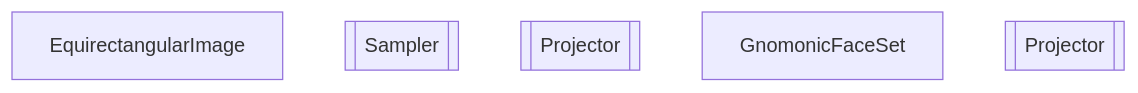
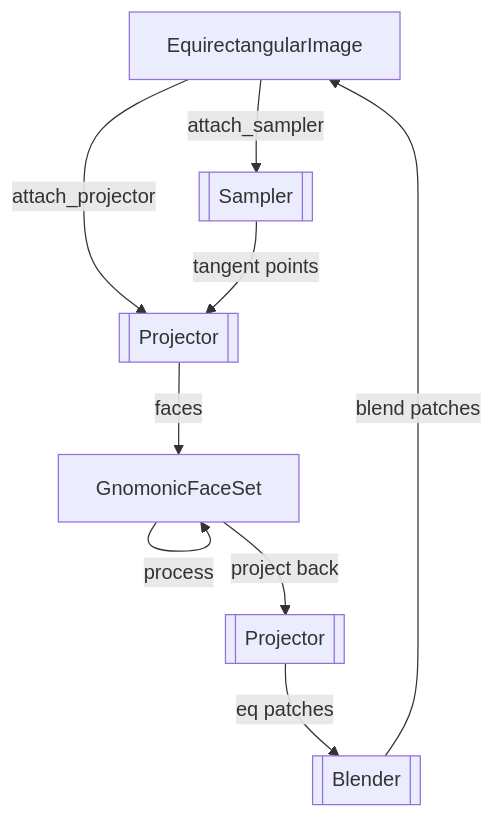
One commit to rlsgarcia-code/PanorAi changed the second of 2 diagrams in docs/explanation/architecture.rst. Above: the diagram before and after it, drawn with Mermaid.

Commit message:
architecture fix

```diff
--- a/docs/explanation/architecture.rst
+++ b/docs/explanation/architecture.rst
@@ -58,9 +58,18 @@
 .. mermaid::
 
    graph TD
       A[EquirectangularImage]
       S[[Sampler]]
       P[[Projector]]
       F[GnomonicFaceSet]
+      P2[[Projector]]
+      B[[Blender]]
 
-      P2[[Projector]]
+      A -->|attach_sampler| S
+      A -->|attach_projector| P
+      S -->|tangent points| P
+      P -->|faces| F
+      F -->|process| F
+      F -->|project back| P2
+      P2 -->|eq patches| B
+      B -->|blend patches| A
```
